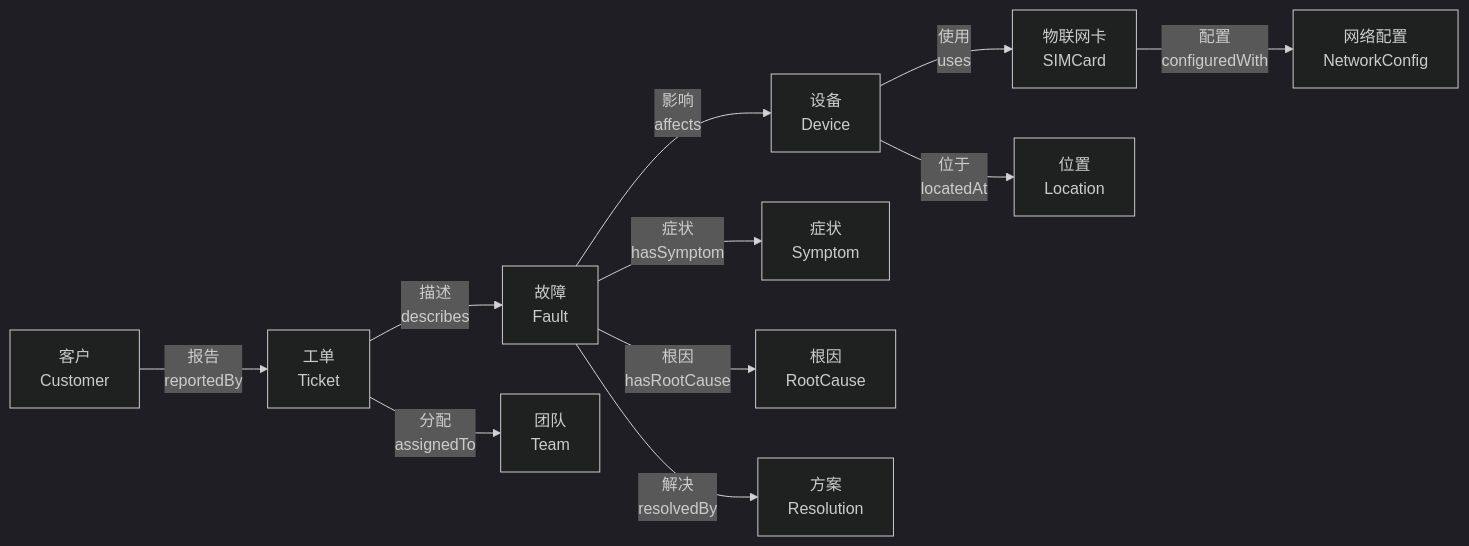
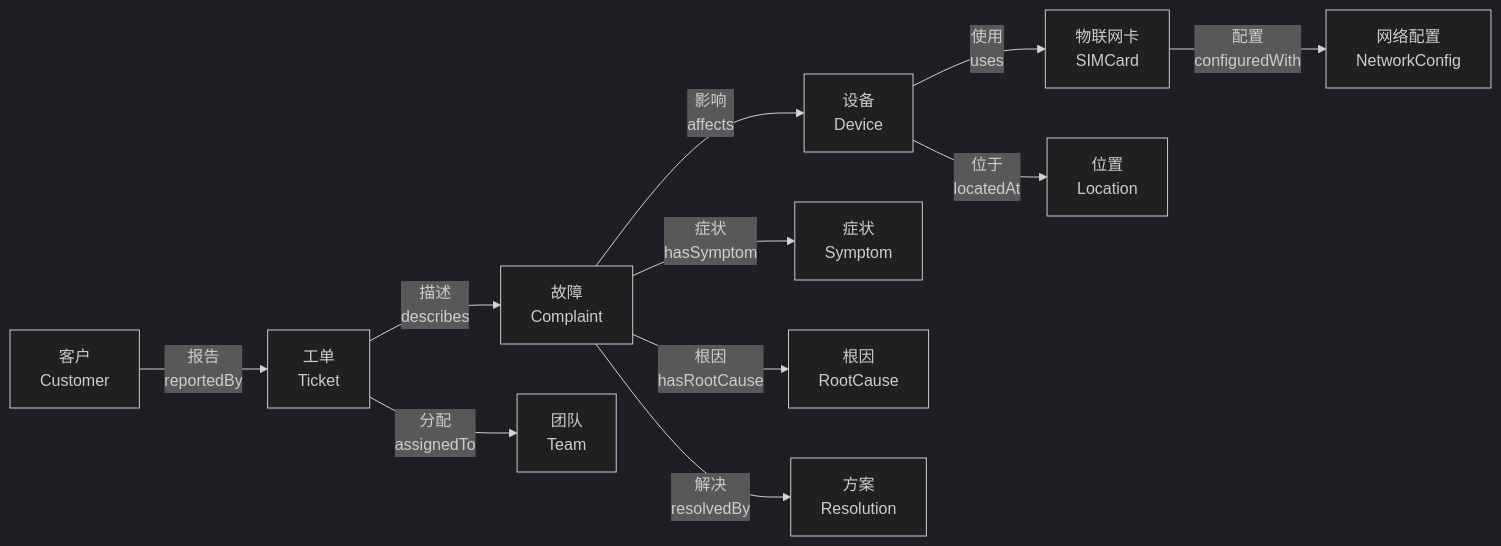
The first of 2 diagrams in IoT Complaint Ticket Ontology/IoT-Complaint-Ticket-Ontology-Vocabulary-CN.md (asiainfo/AN-Ontology), drawn with Mermaid (dark theme) before and after one commit. The commit also changed other lines of this file and 4 other files, not shown here.

````diff
--- a/IoT Complaint Ticket Ontology/IoT-Complaint-Ticket-Ontology-Vocabulary-CN.md
+++ b/IoT Complaint Ticket Ontology/IoT-Complaint-Ticket-Ontology-Vocabulary-CN.md
@@ -415,13 +415,13 @@
 ```mermaid
 graph LR
     Customer[客户<br/>Customer] -->|报告<br/>reportedBy| Ticket[工单<br/>Ticket]
-    Ticket -->|描述<br/>describes| Fault[故障<br/>Fault]
+    Ticket -->|描述<br/>describes| Complaint[故障<br/>Complaint]
     Ticket -->|分配<br/>assignedTo| Team[团队<br/>Team]
-    Fault -->|影响<br/>affects| Device[设备<br/>Device]
-    Fault -->|症状<br/>hasSymptom| Symptom[症状<br/>Symptom]
-    Fault -->|根因<br/>hasRootCause| RootCause[根因<br/>RootCause]
-    Fault -->|解决<br/>resolvedBy| Resolution[方案<br/>Resolution]
+    Complaint -->|影响<br/>affects| Device[设备<br/>Device]
+    Complaint -->|症状<br/>hasSymptom| Symptom[症状<br/>Symptom]
+    Complaint -->|根因<br/>hasRootCause| RootCause[根因<br/>RootCause]
+    Complaint -->|解决<br/>resolvedBy| Resolution[方案<br/>Resolution]
     Device -->|使用<br/>uses| SIMCard[物联网卡<br/>SIMCard]
     Device -->|位于<br/>locatedAt| Location[位置<br/>Location]
     SIMCard -->|配置<br/>configuredWith| NetworkConfig[网络配置<br/>NetworkConfig]
 ```
````
